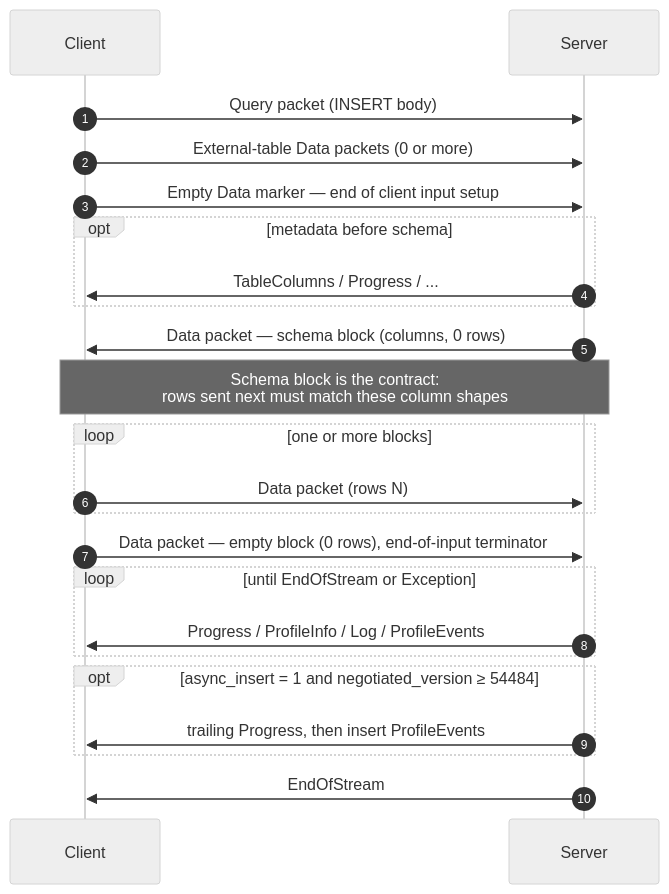
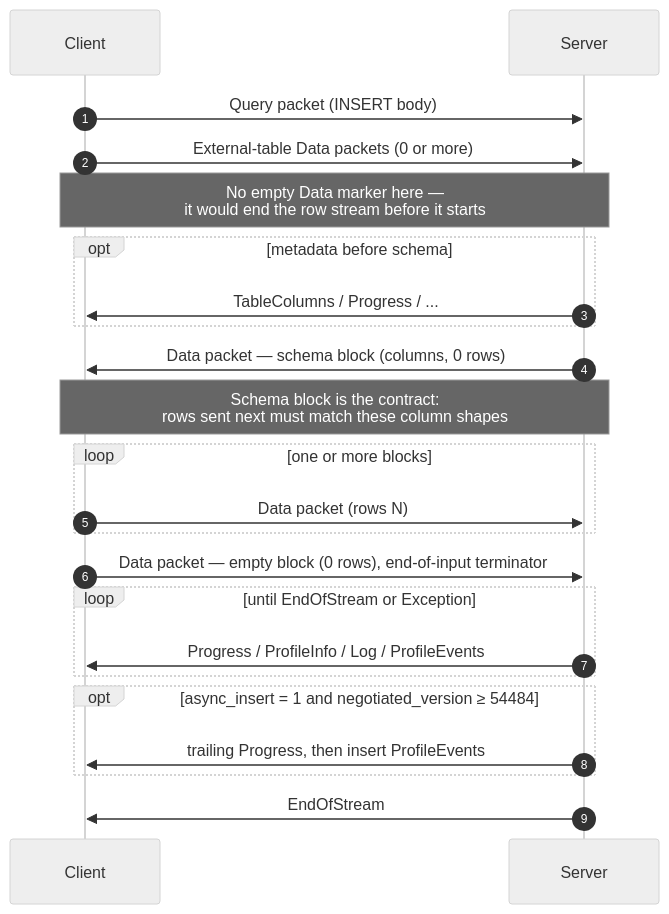
One commit to hanzoai/datastore changed the sixth of 7 diagrams in docs/en/interfaces/specs/NativeProtocol.md. Above: the diagram before and after it, drawn with Mermaid (neutral theme). The commit also changed other lines of this file, not shown here.

Commit message:
chore: remove pre-schema empty Data marker from INSERT flow

````diff
--- a/docs/en/interfaces/specs/NativeProtocol.md
+++ b/docs/en/interfaces/specs/NativeProtocol.md
@@ -367,26 +367,26 @@
 ```mermaid
 sequenceDiagram
     autonumber
     participant C as Client
     participant S as Server
 
     C->>S: Query packet (INSERT body)
     C->>S: External-table Data packets (0 or more)
-    C->>S: Empty Data marker — end of client input setup
+    Note over C,S: No empty Data marker here —<br/>it would end the row stream before it starts
     opt metadata before schema
         S->>C: TableColumns / Progress / ...
     end
     S->>C: Data packet — schema block (columns, 0 rows)
     Note over C,S: Schema block is the contract:<br/>rows sent next must match these column shapes
     loop one or more blocks
         C->>S: Data packet (rows N)
     end
     C->>S: Data packet — empty block (0 rows), end-of-input terminator
     loop until EndOfStream or Exception
         S->>C: Progress / ProfileInfo / Log / ProfileEvents
     end
     opt async_insert = 1 and negotiated_version ≥ 54484
         S->>C: trailing Progress, then insert ProfileEvents
     end
     S->>C: EndOfStream
 ```
````
